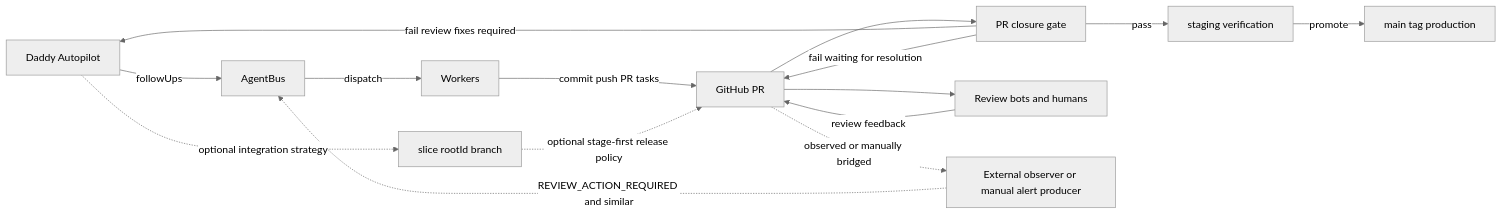
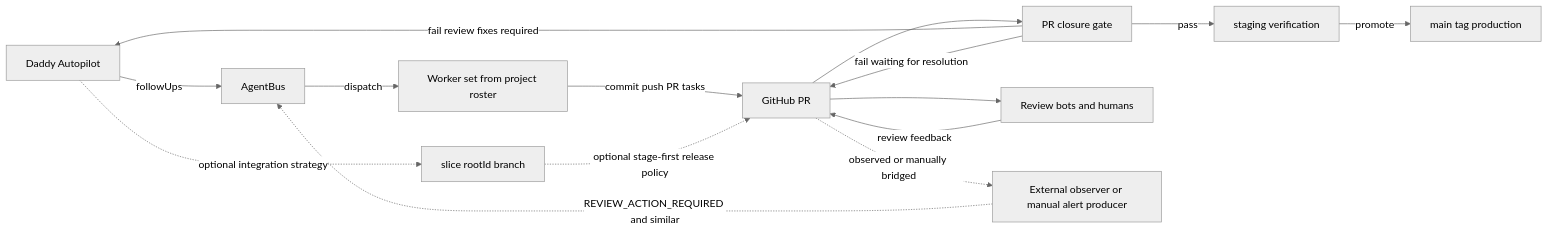
The fourth of 4 diagrams in docs/agentic/WORKFLOW_VISUALS.md (future3OOO/agentic-cockpit), drawn with Mermaid (neutral theme) before and after one commit. The commit also changed other lines of this file and 4 other files, not shown here.

````diff
--- a/docs/agentic/WORKFLOW_VISUALS.md
+++ b/docs/agentic/WORKFLOW_VISUALS.md
@@ -57,20 +93,20 @@
 ```mermaid
 flowchart LR
   AP["Daddy Autopilot"] -->|followUps| Bus["AgentBus"]
-  Bus -->|dispatch| W["Workers"]
+  Bus -->|dispatch| W["Worker set from project roster"]
   W -->|commit push PR tasks| GH["GitHub PR"]
   GH --> Gate["PR closure gate"]
 
   GH --> RB["Review bots and humans"]
   RB -->|review feedback| GH
   Gate -->|pass| Stage["staging verification"]
   Stage -->|promote| Prod["main tag production"]
   Gate -->|fail review fixes required| AP
   Gate -->|fail waiting for resolution| GH
 
   GH -. observed or manually bridged .-> OBS["External observer or manual alert producer"]
   OBS -. REVIEW_ACTION_REQUIRED and similar .-> Bus
 
   AP -. optional integration strategy .-> Slice["slice rootId branch"]
   Slice -. optional stage-first release policy .-> GH
 ```
````
